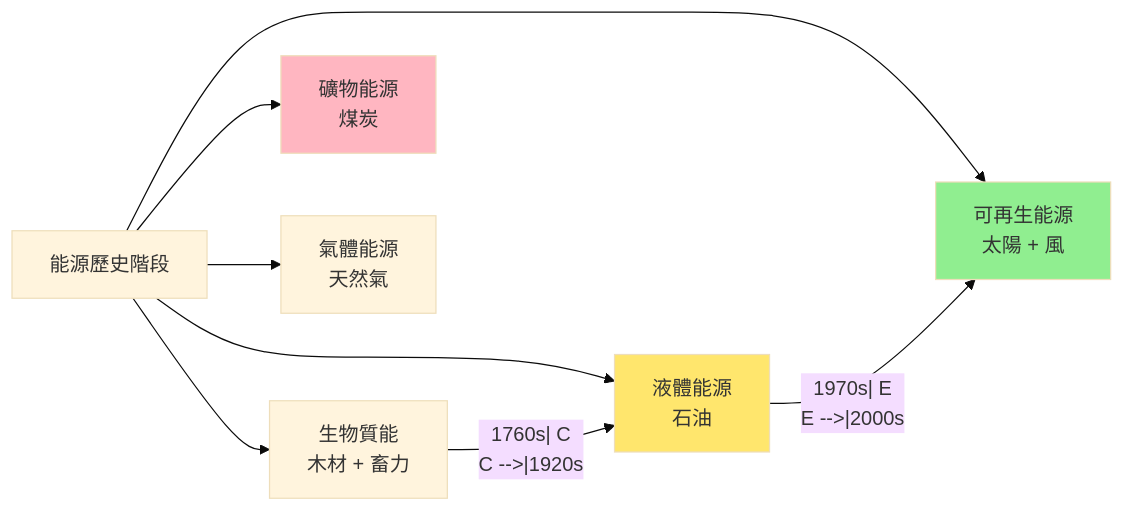
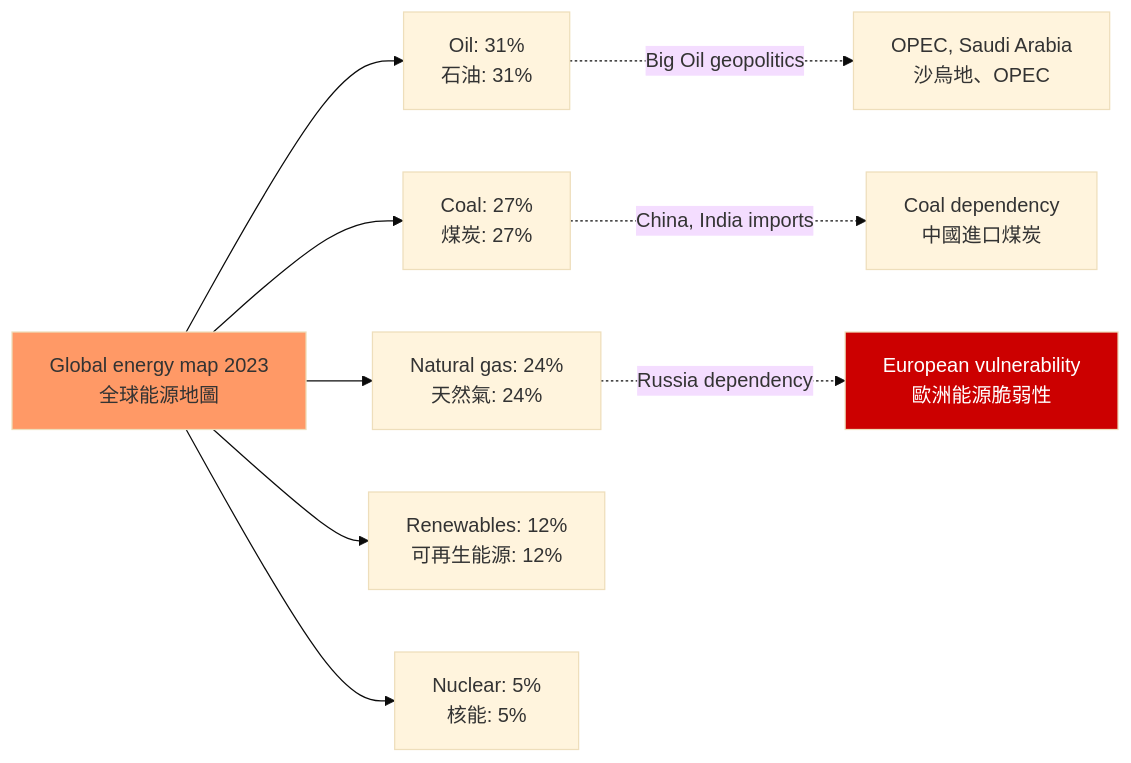
One commit to yip-lgtm/HKU-Harvard-History-Self-Study changed the third of 3 diagrams in 01_HKU_Courses/HIST2193_History_of_Energy.md. Above: the diagram before and after it, drawn with Mermaid (base theme). The commit also changed other lines of this file and 25 other files, not shown here.

````diff
--- a/01_HKU_Courses/HIST2193_History_of_Energy.md
+++ b/01_HKU_Courses/HIST2193_History_of_Energy.md
@@ -89,15 +108,15 @@
 ```mermaid
 graph LR
-    A["能源歷史階段"] --> B["生物質能<br/>木材 + 畜力"]
-    A --> C["礦物能源<br/>煤炭"]
-    A --> D["液體能源<br/>石油"]
-    A --> E["氣體能源<br/>天然氣"]
-    A --> F["可再生能源<br/>太陽 + 風"]
-    B -->|"1760s| C
-    C -->|"1920s| D
-    D -->|"1970s| E
-    E -->|"2000s| F
-    style C fill:#FFB6C1
-    style D fill:#FFE66D
-    style F fill:#90EE90
+    A[Global energy map 2023<br/>全球能源地圖] --> B[Oil: 31%<br/>石油: 31%]
+    A --> C[Coal: 27%<br/>煤炭: 27%]
+    A --> D[Natural gas: 24%<br/>天然氣: 24%]
+    A --> E[Renewables: 12%<br/>可再生能源: 12%]
+    A --> F[Nuclear: 5%<br/>核能: 5%]
+    
+    B -.->|Big Oil geopolitics| G[OPEC, Saudi Arabia<br/>沙烏地、OPEC]
+    C -.->|China, India imports| H[Coal dependency<br/>中國進口煤炭]
+    D -.->|Russia dependency| I[European vulnerability<br/>歐洲能源脆弱性]
+    
+    style A fill:#f96
+    style I fill:#c00,color:#fff
 ```
````
